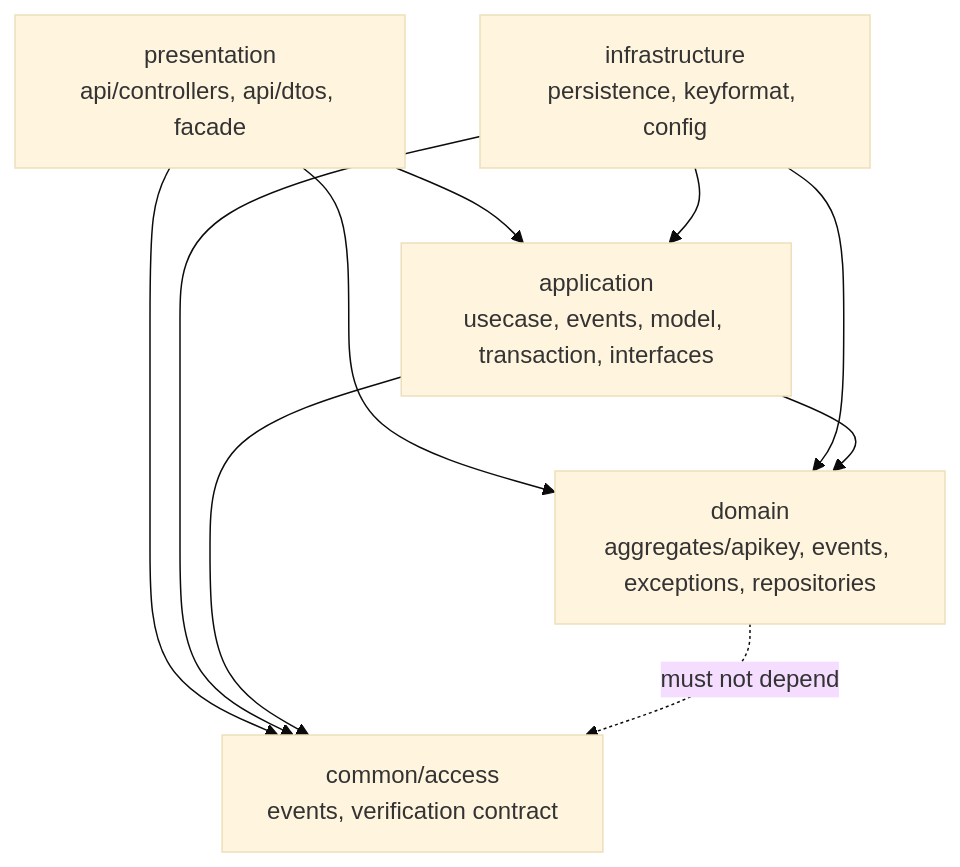
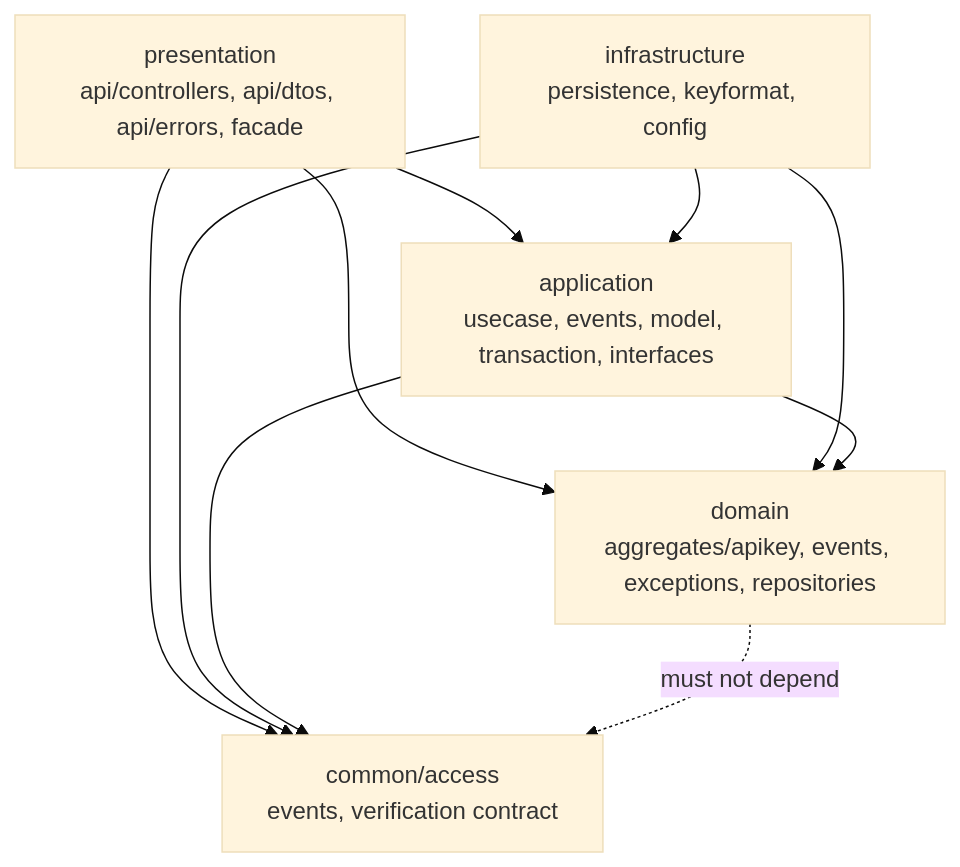
One commit to Dhiren9939/HQ-Tier0 changed the eighth of 14 diagrams in docs/access-context.md. Above: the diagram before and after it, drawn with Mermaid (base theme). The commit also changed other lines of this file and 4 other files, not shown here.

````diff
--- a/docs/access-context.md
+++ b/docs/access-context.md
@@ -758,18 +760,18 @@
 ```mermaid
 flowchart TB
-    presentation["presentation<br/>api/controllers, api/dtos, facade"]
+    presentation["presentation<br/>api/controllers, api/dtos, api/errors, facade"]
     infrastructure["infrastructure<br/>persistence, keyformat, config"]
     application["application<br/>usecase, events, model, transaction, interfaces"]
     domain["domain<br/>aggregates/apikey, events, exceptions, repositories"]
     common["common/access<br/>events, verification contract"]
 
     presentation --> application
     presentation --> domain
     presentation --> common
     infrastructure --> application
     infrastructure --> domain
     infrastructure --> common
     application --> domain
     application --> common
     domain -. "must not depend" .-> common
 ```
````
